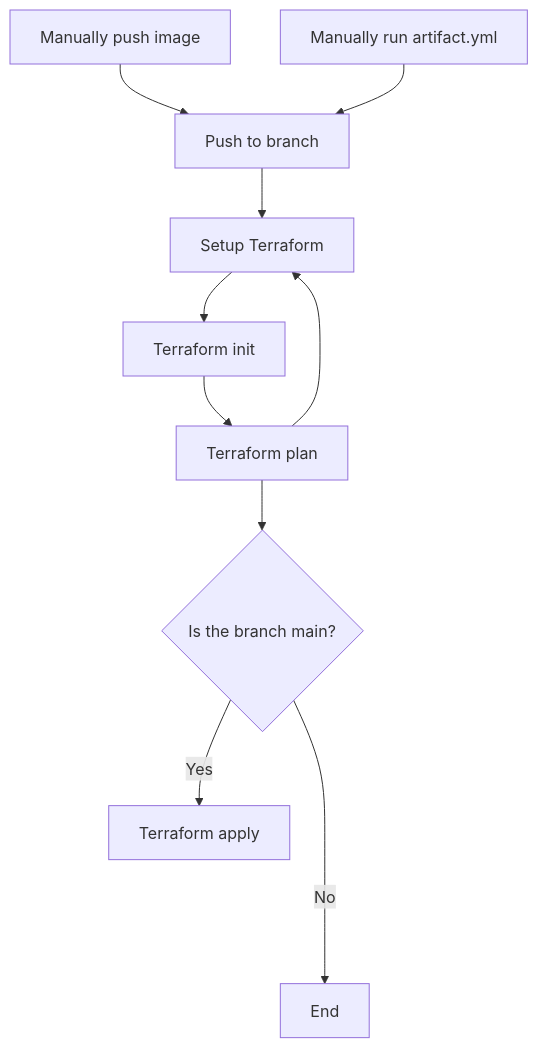
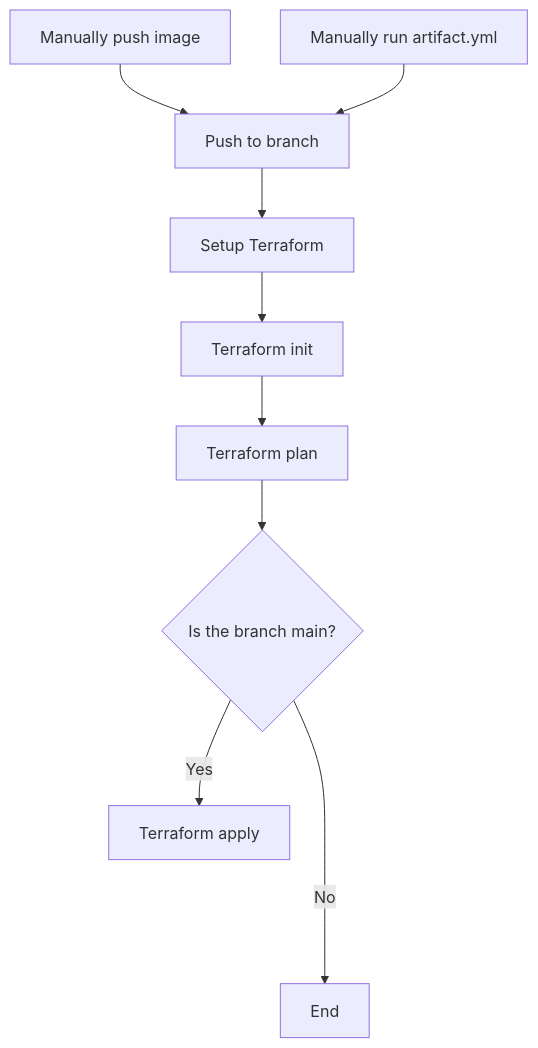
Before and after one commit to chroma-core/chroma: the diagram in examples/deployments/terraform-gcp-github-actions/README.md, drawn with Mermaid.

Commit message:
Mermaid pipeline diagram corrected

````diff
--- a/examples/deployments/terraform-gcp-github-actions/README.md
+++ b/examples/deployments/terraform-gcp-github-actions/README.md
@@ -114,12 +114,11 @@
 ```mermaid
 flowchart TD
     0[Manually push image] -->A
     1[Manually run artifact.yml] -->
     A[Push to branch]   -->
     B[Setup Terraform]  -->
     C[Terraform init]   -->
     D[Terraform plan]   --> E{Is the branch main?}
     E -->|Yes| F[Terraform apply]
-    D --> B
     E ---->|No| G[End]
 ```
````
